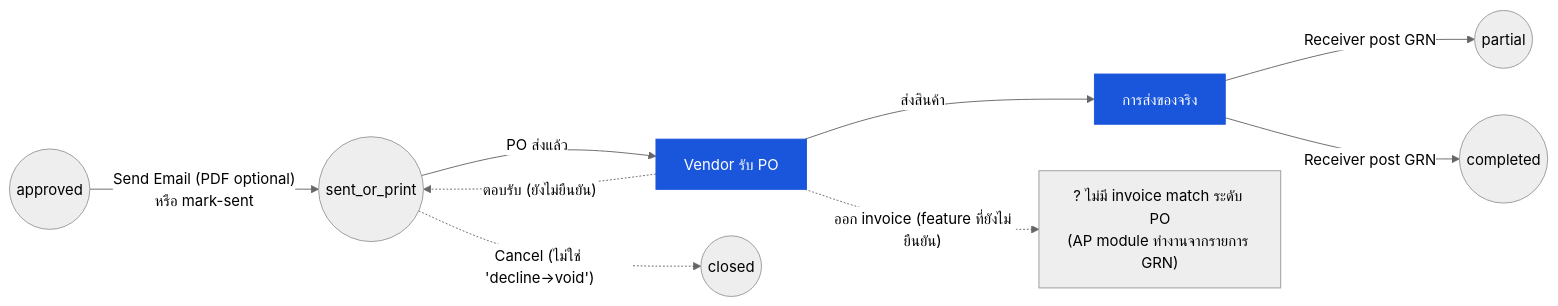
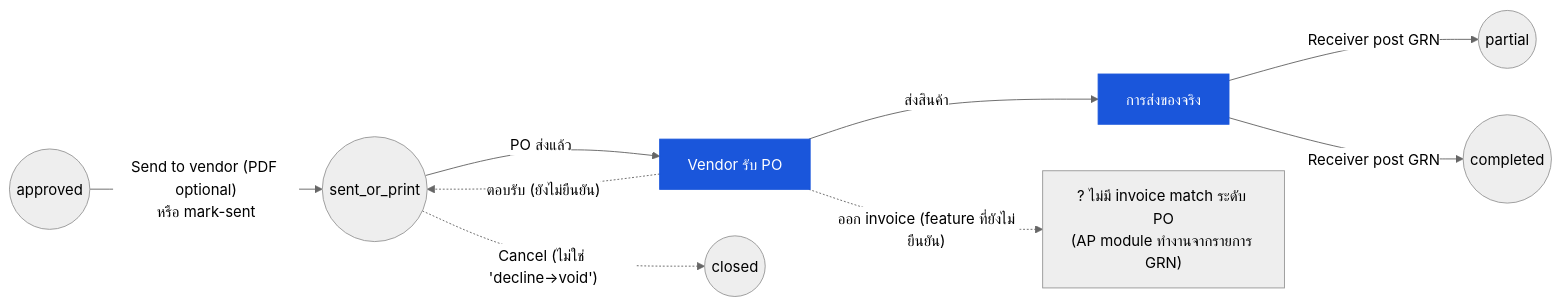
The diagram in th/inventory/purchase-order/03-user-flow-vendor.md (CarmenSoftware-organization/carmen-wiki), drawn with Mermaid (neutral theme) before and after one commit. The commit also changed other lines of this file and 35 other files, not shown here.

````diff
--- a/th/inventory/purchase-order/03-user-flow-vendor.md
+++ b/th/inventory/purchase-order/03-user-flow-vendor.md
@@ -23,12 +23,12 @@
 ```mermaid
 graph LR
-    approved(("approved")) -->|"Send Email (PDF optional)<br/>หรือ mark-sent"| sent(("sent_or_print"))
+    approved(("approved")) -->|"Send to vendor (PDF optional)<br/>หรือ mark-sent"| sent(("sent_or_print"))
     sent -->|"PO ส่งแล้ว"| vendor["Vendor รับ PO"]:::current
     vendor -.->|"ตอบรับ (ยังไม่ยืนยัน)"| sent
     vendor -->|"ส่งสินค้า"| recv["การส่งของจริง"]:::current
     recv -->|"Receiver post GRN"| partial(("partial"))
     recv -->|"Receiver post GRN"| completed(("completed"))
     vendor -.->|"ออก invoice (feature ที่ยังไม่ยืนยัน)"| inv["? ไม่มี invoice match ระดับ PO<br/>(AP module ทำงานจากรายการ GRN)"]
     sent -.->|"Cancel (ไม่ใช่ 'decline→void')"| closed(("closed"))
     classDef current fill:#1a56db,color:#fff,stroke:#1a56db;
 ```
````
